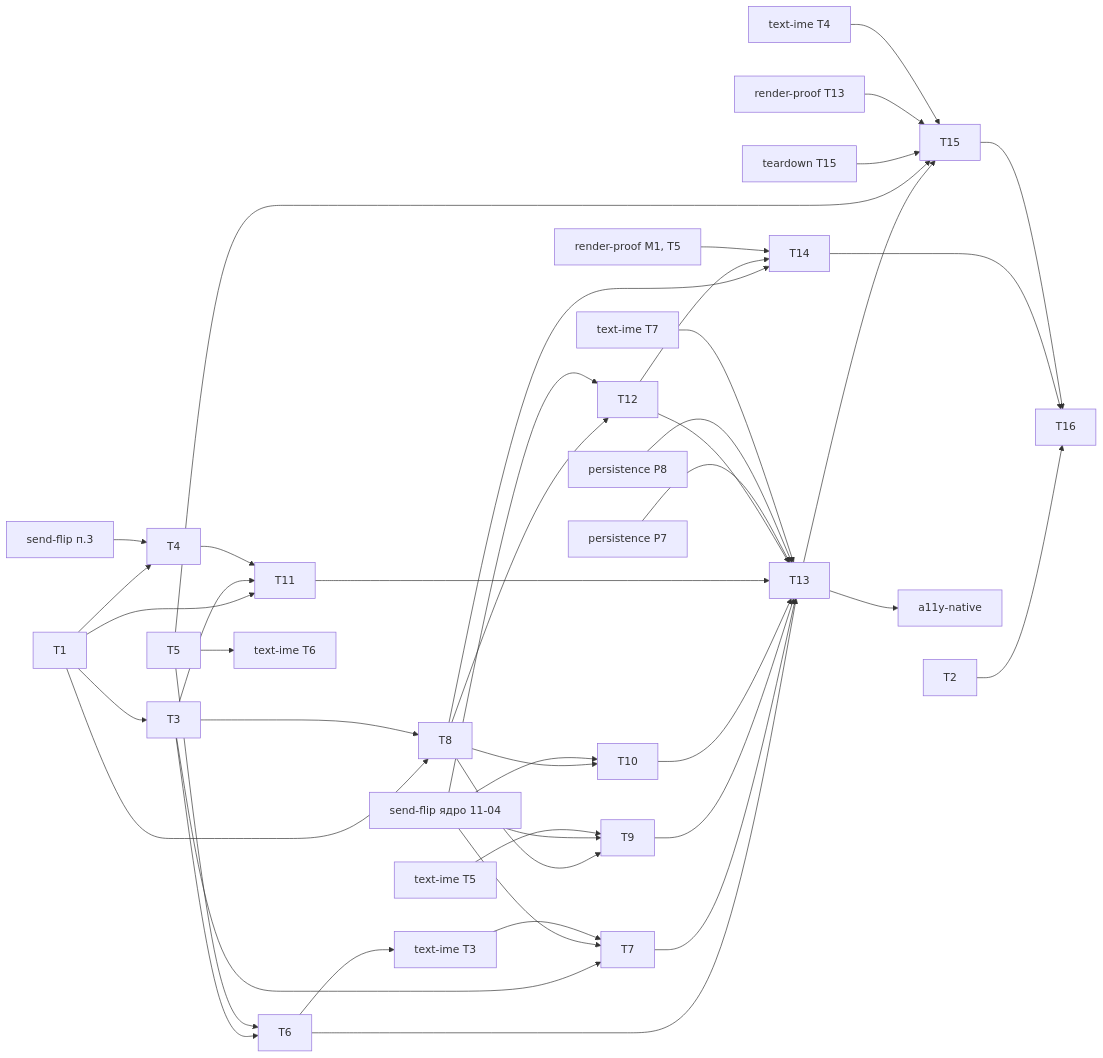
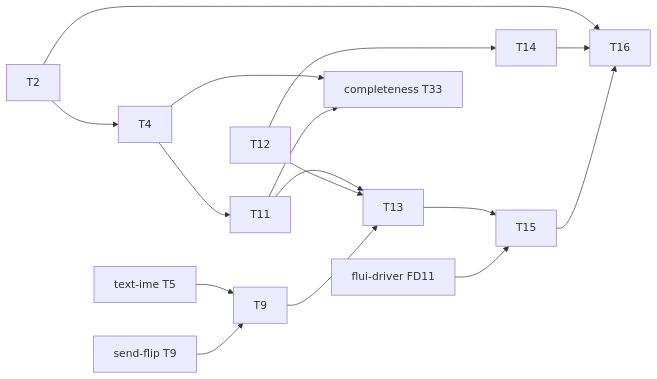
The diagram in docs/plans/specs/focus-keyboard/tasks.md (vanyastaff/flui), drawn with Mermaid before and after one commit. The commit also changed other lines of this file and 11 other files, not shown here.

````diff
--- a/docs/plans/specs/focus-keyboard/tasks.md
+++ b/docs/plans/specs/focus-keyboard/tasks.md
@@ -46,19 +26,11 @@
 ```mermaid
 graph LR
-  T1 --> T3 & T4 & T8 & T11
-  SF3["send-flip п.3"] --> T4
-  T3 & T4 --> T11
-  T3 & T5 --> T6
-  T3 --> T8
-  T3 & SFC["send-flip ядро 11-04"] & TI3["text-ime T3"] --> T7
-  T8 & SFC --> T10
-  T8 & SFC --> T12
-  T8 & SFC & TI5["text-ime T5"] --> T9
-  T6 & T7 & T9 & T10 & T11 & T12 & P7["persistence P7"] & P8["persistence P8"] & TI7["text-ime T7"] --> T13
-  T8 & T12 & RP["render-proof M1, T5"] --> T14
-  T13 & T5 & TD15["teardown T15"] & RP13["render-proof T13"] & TI4["text-ime T4"] --> T15
-  T2 & T14 & T15 --> T16
-  T5 --> TI6["text-ime T6"]
-  T6 --> TI3
-  T13 --> A11Y["a11y-native"]
+  T2 --> T4 --> T11
+  T11 & T12 & T9 --> T13
+  T12 --> T14
+  T2 --> T16
+  TI5["text-ime T5"] & SF9["send-flip T9"] --> T9
+  T13 & FD11["flui-driver FD11"] --> T15
+  T14 & T15 --> T16
+  T4 & T11 --> C33["completeness T33"]
 ```
````
